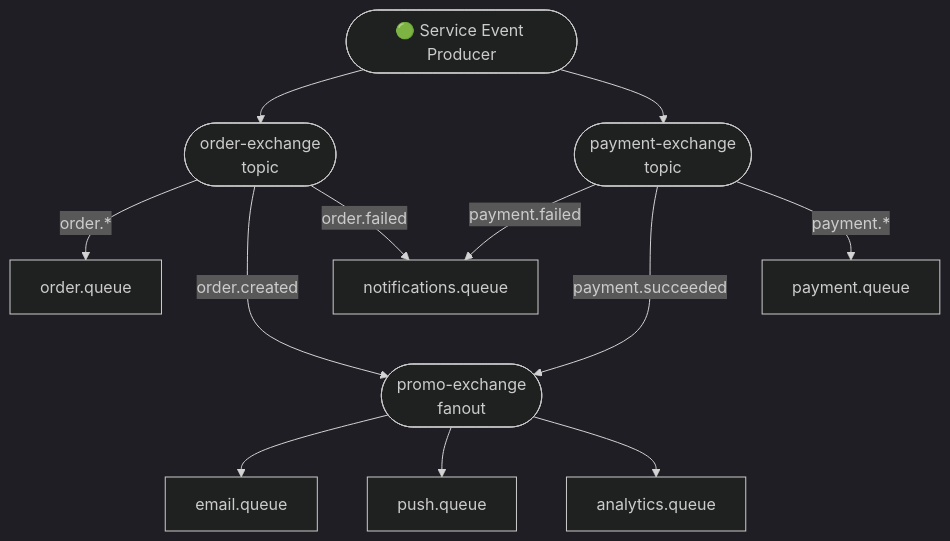
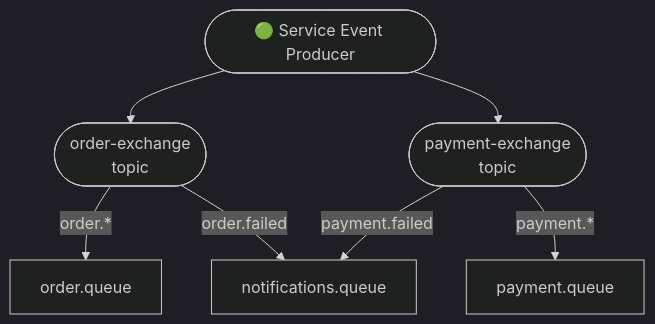
The diagram in jobs/EXAMPLE.md (infinity-atom42/monorepo-example), drawn with Mermaid (dark theme) before and after one commit. The commit also changed 29 other files, not shown here.

Commit message:
Add Zod dependency to job examples and update package.json files; enhance event handling in notifications, order, payment, and publisher jobs. Remove obsolete promo example files to streamline project structure and improve clarity.

````diff
--- a/jobs/EXAMPLE.md
+++ b/jobs/EXAMPLE.md
@@ -3,54 +3,40 @@
 ```mermaid
 flowchart TD
     %% =========================
     %% Publisher Service
     %% =========================
     PubService([🟢 Service Event Producer])
 
     %% =========================
     %% Order Domain
     %% =========================
     OX([order-exchange<br/>topic])
     OQue[order.queue]
 
     OX -->|order.*| OQue
 
     %% =========================
     %% Critical Notifications
     %% =========================
     NQ[notifications.queue]
 
     %% =========================
-    %% Fanout: Promotions Example
-    %% =========================
-    FX([promo-exchange<br/>fanout])
-    FEmail[email.queue]
-    FPush[push.queue]
-    FAnalytics[analytics.queue]
-
-    FX --> FEmail
-    FX --> FPush
-    FX --> FAnalytics
-
-    %% =========================
     %% Critical bindings & fanout bindings
     %% =========================
-    OX --->|order.created| FX
     OX -->|order.failed| NQ
     PX -->|payment.failed| NQ
-    PX --->|payment.succeeded| FX
 
     %% =========================
     %% Payment Domain
     %% =========================
     PX([payment-exchange<br/>topic])
     PQue[payment.queue]
 
     PX -->|payment.*| PQue
 
     %% =========================
     %% Publisher connections
     %% =========================
     PubService --> OX
     PubService --> PX
 ```
````
